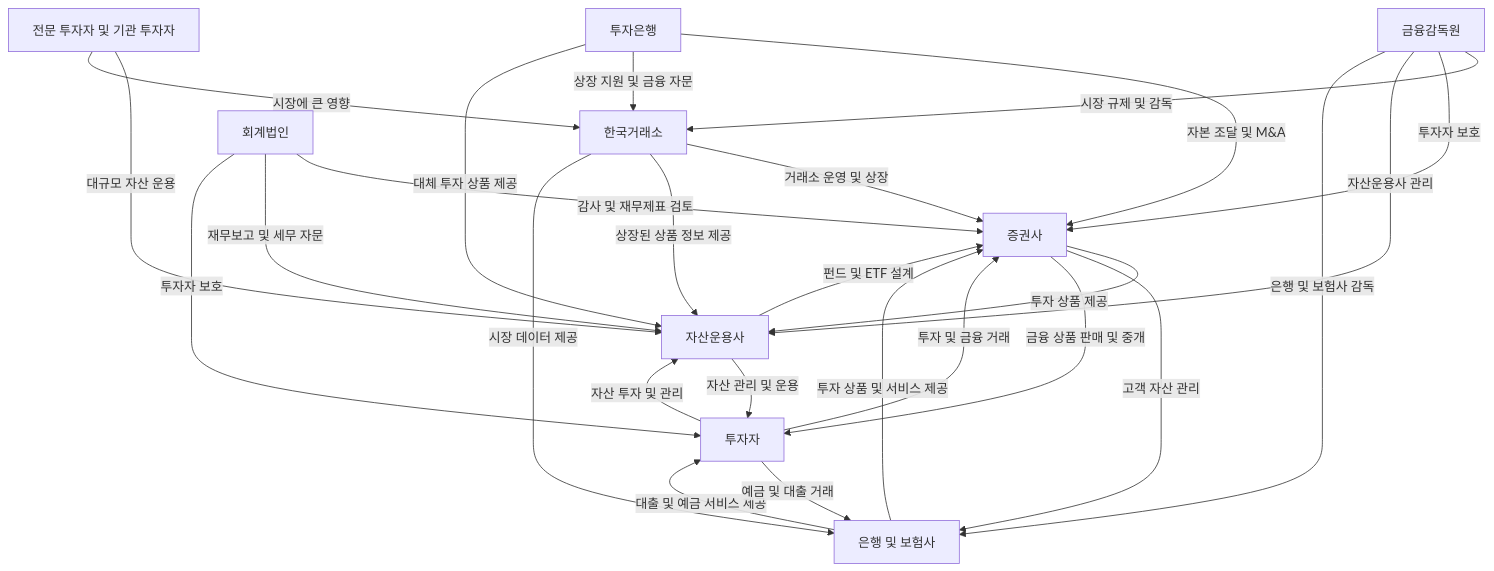
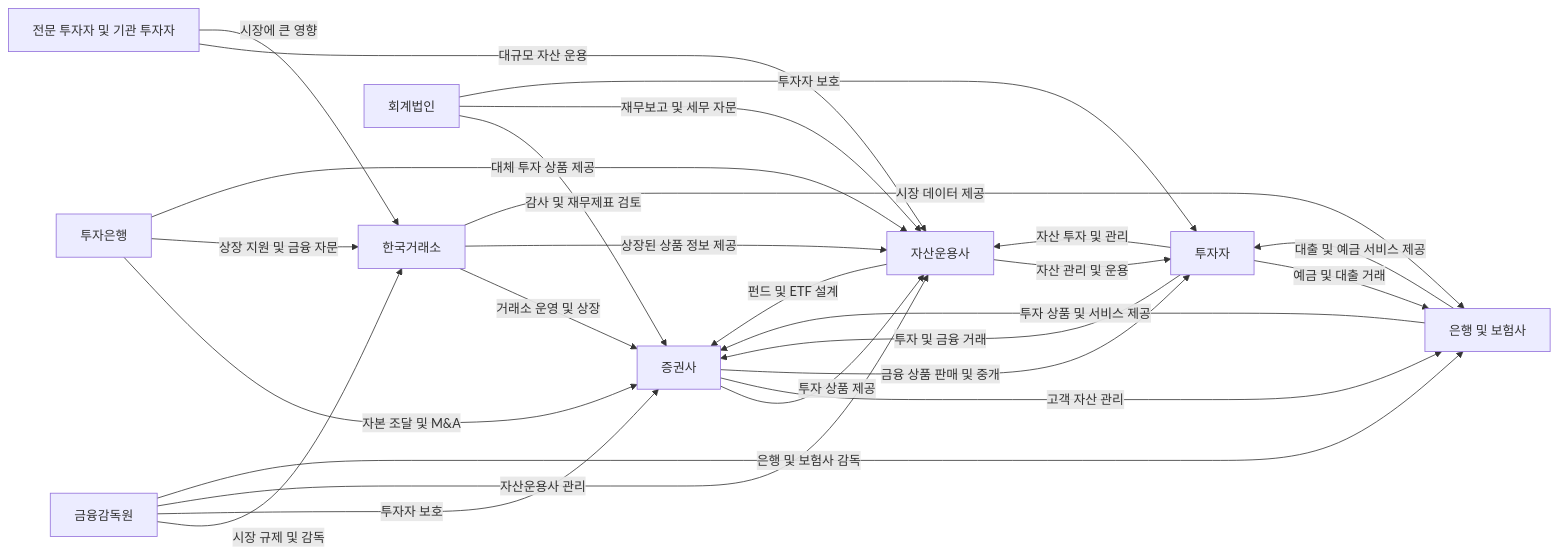
One commit to Joon-Park92/Joon-Park92.github.io changed the diagram in docs/7b126bd8-5469-4c24-bee7-782308dbf083.md. Above: the diagram before and after it, drawn with Mermaid. The commit also changed other lines of this file and 207 other files, not shown here.

```diff
--- a/docs/7b126bd8-5469-4c24-bee7-782308dbf083.md
+++ b/docs/7b126bd8-5469-4c24-bee7-782308dbf083.md
@@ -6,36 +8,36 @@
 ~~~mermaid
-graph TD
+graph LR
     A[금융감독원] -->|시장 규제 및 감독| B[한국거래소]
     A -->|투자자 보호| C[증권사]
     A -->|자산운용사 관리| D[자산운용사]
     A -->|은행 및 보험사 감독| E[은행 및 보험사]
 
     B -->|거래소 운영 및 상장| C
     B -->|상장된 상품 정보 제공| D
     B -->|시장 데이터 제공| E
 
     C -->|투자 상품 제공| D
     C -->|고객 자산 관리| E
     C -->|금융 상품 판매 및 중개| F[투자자]
 
     D -->|자산 관리 및 운용| F
     D -->|펀드 및 ETF 설계| C
 
     E -->|대출 및 예금 서비스 제공| F
     E -->|투자 상품 및 서비스 제공| C
 
     F -->|투자 및 금융 거래| C
     F -->|자산 투자 및 관리| D
     F -->|예금 및 대출 거래| E
 
     G[투자은행] -->|자본 조달 및 M&A| C
     G -->|상장 지원 및 금융 자문| B
     G -->|대체 투자 상품 제공| D
 
     H[회계법인] -->|감사 및 재무제표 검토| C
     H -->|재무보고 및 세무 자문| D
     H -->|투자자 보호| F
 
     I[전문 투자자 및 기관 투자자] -->|대규모 자산 운용| D
     I -->|시장에 큰 영향| B
 ~~~
```
